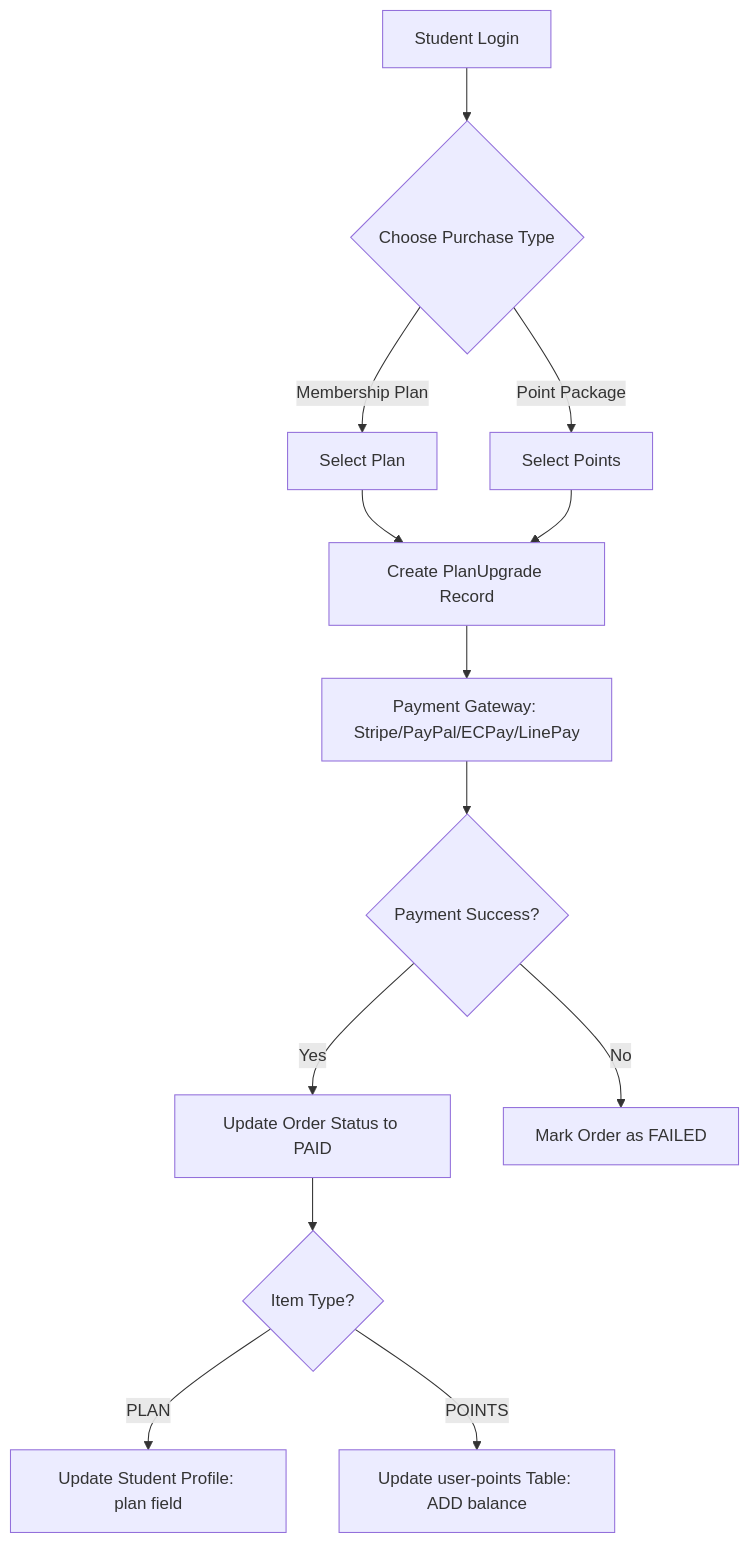
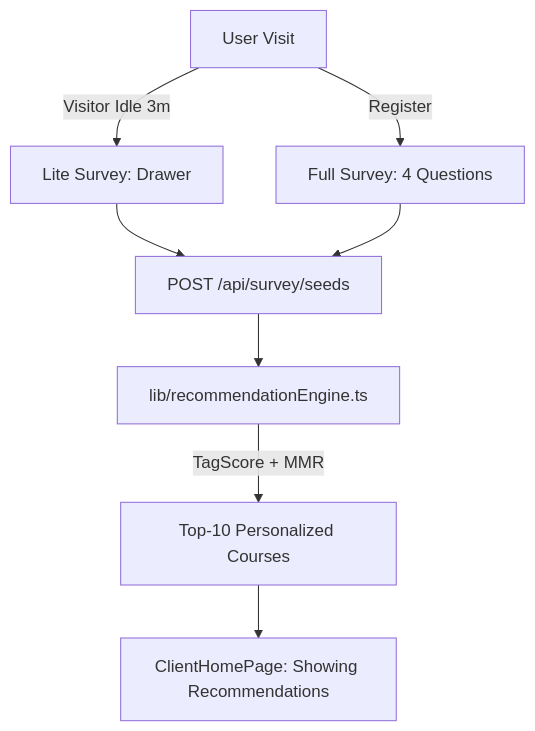
Before and after one commit to jvtutorcorner-sketch/jvtutorcorner-rwd: the second of 7 diagrams in architecture_overview.md, drawn with Mermaid. The commit also changed other lines of this file and 23 other files, not shown here.

Commit message:
fix: correct LINE image download URL to api-data.line.me and fix TS type error

````diff
--- a/architecture_overview.md
+++ b/architecture_overview.md
@@ -67,15 +35,10 @@
 ```mermaid
 graph TD
-    A[Student Login] --> B{Choose Purchase Type}
-    B -->|Membership Plan| C[Select Plan]
-    B -->|Point Package| D[Select Points]
-    C --> E[Create PlanUpgrade Record]
-    D --> E
-    E --> F[Payment Gateway: Stripe/PayPal/ECPay/LinePay]
-    F --> G{Payment Success?}
-    G -->|Yes| H[Update Order Status to PAID]
-    H --> I{Item Type?}
-    I -->|PLAN| J[Update Student Profile: plan field]
-    I -->|POINTS| K[Update user-points Table: ADD balance]
-    G -->|No| L[Mark Order as FAILED]
+    Start[User Visit] -->|Visitor Idle 3m| IdleSurvey[Lite Survey: Drawer]
+    Start -->|Register| FullSurvey[Full Survey: 4 Questions]
+    IdleSurvey --> POST_Seeds[POST /api/survey/seeds]
+    FullSurvey --> POST_Seeds
+    POST_Seeds --> Engine[lib/recommendationEngine.ts]
+    Engine -->|TagScore + MMR| Recommendations[Top-10 Personalized Courses]
+    Recommendations --> Home[ClientHomePage: Showing Recommendations]
 ```
````
